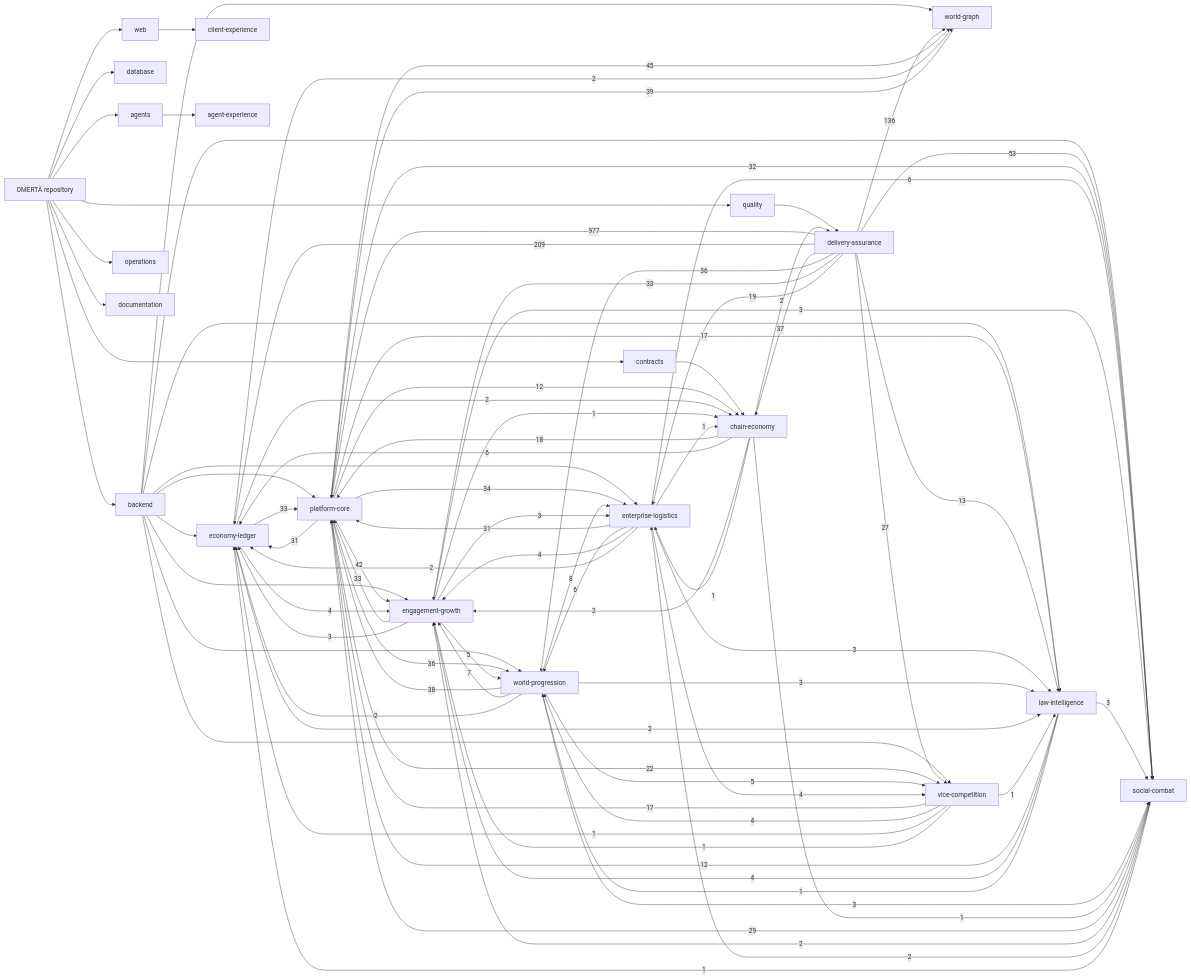
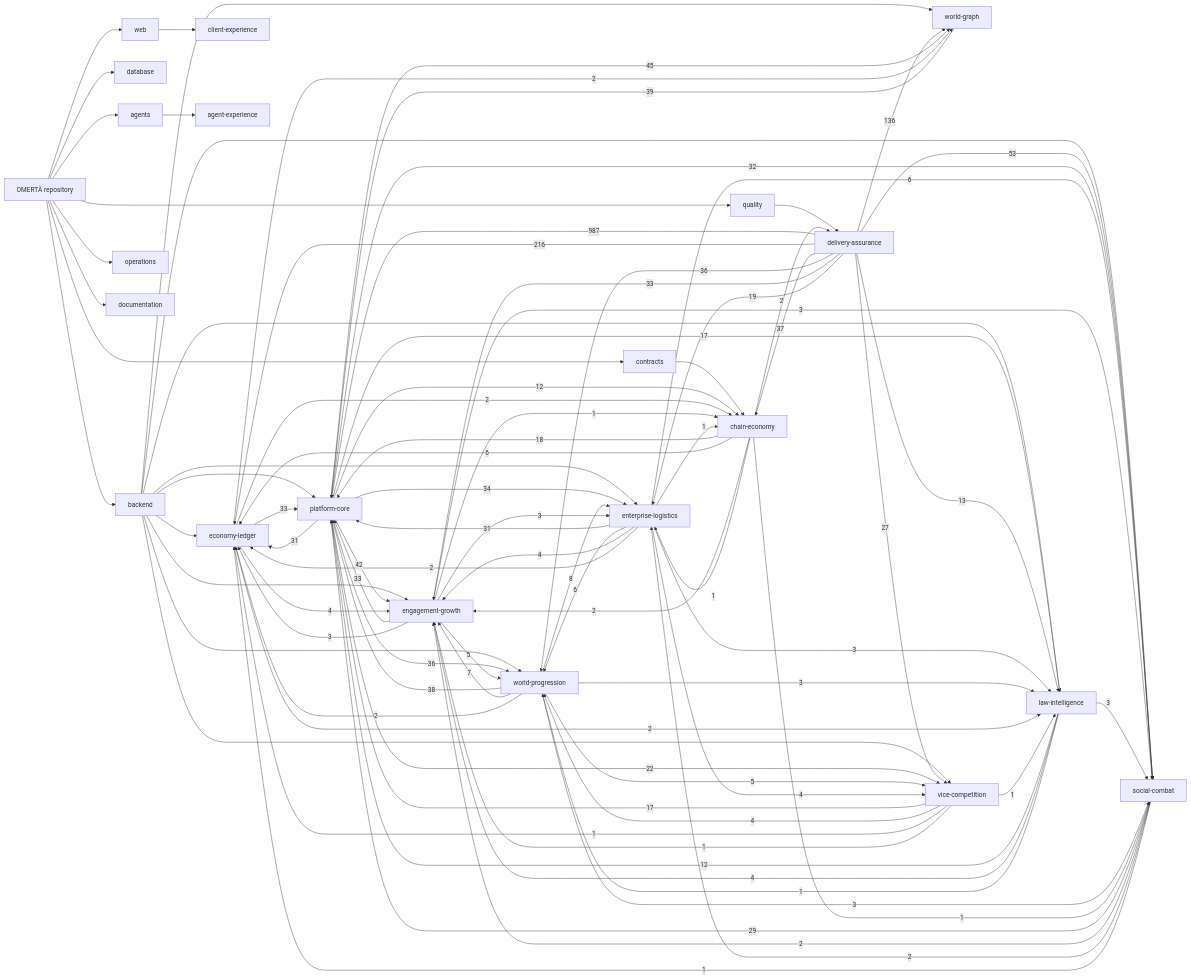
One commit to OmertaDev/Omerta changed the diagram in knowledge/generated/graph.mmd. Above: the diagram before and after it, drawn with Mermaid. The commit also changed 6 other files, not shown here.

```diff
--- a/knowledge/generated/graph.mmd
+++ b/knowledge/generated/graph.mmd
@@ -1,109 +1,109 @@
 flowchart LR
   repo["OMERTÀ repository"]
   sub_backend["backend"]
   repo --> sub_backend
   sub_database["database"]
   repo --> sub_database
   sub_web["web"]
   repo --> sub_web
   sub_contracts["contracts"]
   repo --> sub_contracts
   sub_agents["agents"]
   repo --> sub_agents
   sub_quality["quality"]
   repo --> sub_quality
   sub_operations["operations"]
   repo --> sub_operations
   sub_documentation["documentation"]
   repo --> sub_documentation
   dom_platform-core["platform-core"]
   dom_economy-ledger["economy-ledger"]
   dom_social-combat["social-combat"]
   dom_world-progression["world-progression"]
   dom_world-graph["world-graph"]
   dom_enterprise-logistics["enterprise-logistics"]
   dom_vice-competition["vice-competition"]
   dom_law-intelligence["law-intelligence"]
   dom_chain-economy["chain-economy"]
   dom_engagement-growth["engagement-growth"]
   dom_client-experience["client-experience"]
   dom_agent-experience["agent-experience"]
   dom_delivery-assurance["delivery-assurance"]
   sub_agents --> dom_agent-experience
   sub_backend --> dom_economy-ledger
   sub_backend --> dom_engagement-growth
   sub_backend --> dom_enterprise-logistics
   sub_backend --> dom_law-intelligence
   sub_backend --> dom_platform-core
   sub_backend --> dom_social-combat
   sub_backend --> dom_vice-competition
   sub_backend --> dom_world-graph
   sub_backend --> dom_world-progression
   sub_contracts --> dom_chain-economy
   sub_quality --> dom_delivery-assurance
   sub_web --> dom_client-experience
-  dom_delivery-assurance -->|977| dom_platform-core
-  dom_delivery-assurance -->|209| dom_economy-ledger
+  dom_delivery-assurance -->|987| dom_platform-core
+  dom_delivery-assurance -->|216| dom_economy-ledger
   dom_delivery-assurance -->|136| dom_world-graph
   dom_delivery-assurance -->|53| dom_social-combat
   dom_platform-core -->|45| dom_world-graph
   dom_platform-core -->|42| dom_engagement-growth
   dom_world-graph -->|39| dom_platform-core
   dom_world-progression -->|38| dom_platform-core
   dom_delivery-assurance -->|37| dom_chain-economy
   dom_delivery-assurance -->|36| dom_world-progression
   dom_platform-core -->|36| dom_world-progression
   dom_platform-core -->|34| dom_enterprise-logistics
   dom_delivery-assurance -->|33| dom_engagement-growth
   dom_economy-ledger -->|33| dom_platform-core
   dom_engagement-growth -->|33| dom_platform-core
   dom_platform-core -->|32| dom_social-combat
   dom_enterprise-logistics -->|31| dom_platform-core
   dom_platform-core -->|31| dom_economy-ledger
   dom_social-combat -->|29| dom_platform-core
   dom_delivery-assurance -->|27| dom_vice-competition
   dom_platform-core -->|22| dom_vice-competition
   dom_delivery-assurance -->|19| dom_enterprise-logistics
   dom_chain-economy -->|18| dom_platform-core
   dom_platform-core -->|17| dom_law-intelligence
   dom_vice-competition -->|17| dom_platform-core
   dom_delivery-assurance -->|13| dom_law-intelligence
   dom_law-intelligence -->|12| dom_platform-core
   dom_platform-core -->|12| dom_chain-economy
   dom_world-progression -->|8| dom_enterprise-logistics
   dom_world-progression -->|7| dom_engagement-growth
   dom_chain-economy -->|6| dom_economy-ledger
   dom_enterprise-logistics -->|6| dom_social-combat
   dom_enterprise-logistics -->|6| dom_world-progression
   dom_engagement-growth -->|5| dom_world-progression
   dom_world-progression -->|5| dom_vice-competition
   dom_economy-ledger -->|4| dom_engagement-growth
   dom_enterprise-logistics -->|4| dom_engagement-growth
   dom_enterprise-logistics -->|4| dom_vice-competition
   dom_law-intelligence -->|4| dom_engagement-growth
   dom_vice-competition -->|4| dom_world-progression
   dom_engagement-growth -->|3| dom_economy-ledger
   dom_engagement-growth -->|3| dom_enterprise-logistics
   dom_engagement-growth -->|3| dom_social-combat
   dom_enterprise-logistics -->|3| dom_law-intelligence
   dom_law-intelligence -->|3| dom_social-combat
   dom_world-progression -->|3| dom_law-intelligence
   dom_world-progression -->|3| dom_social-combat
   dom_chain-economy -->|2| dom_delivery-assurance
   dom_chain-economy -->|2| dom_engagement-growth
   dom_economy-ledger -->|2| dom_chain-economy
   dom_economy-ledger -->|2| dom_law-intelligence
   dom_economy-ledger -->|2| dom_world-graph
   dom_enterprise-logistics -->|2| dom_economy-ledger
   dom_social-combat -->|2| dom_engagement-growth
   dom_social-combat -->|2| dom_enterprise-logistics
   dom_world-progression -->|2| dom_economy-ledger
   dom_chain-economy -->|1| dom_enterprise-logistics
   dom_chain-economy -->|1| dom_social-combat
   dom_engagement-growth -->|1| dom_chain-economy
   dom_enterprise-logistics -->|1| dom_chain-economy
   dom_law-intelligence -->|1| dom_world-progression
   dom_social-combat -->|1| dom_economy-ledger
   dom_vice-competition -->|1| dom_economy-ledger
   dom_vice-competition -->|1| dom_engagement-growth
   dom_vice-competition -->|1| dom_law-intelligence
```
